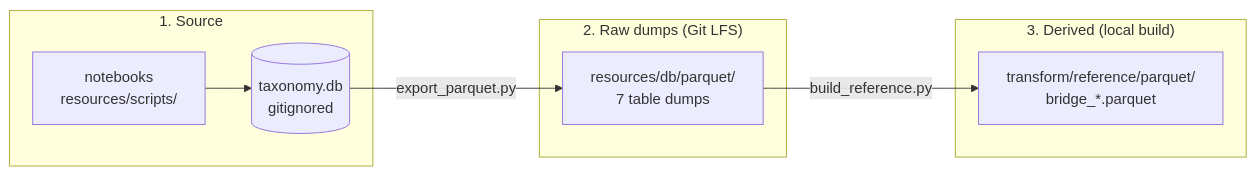
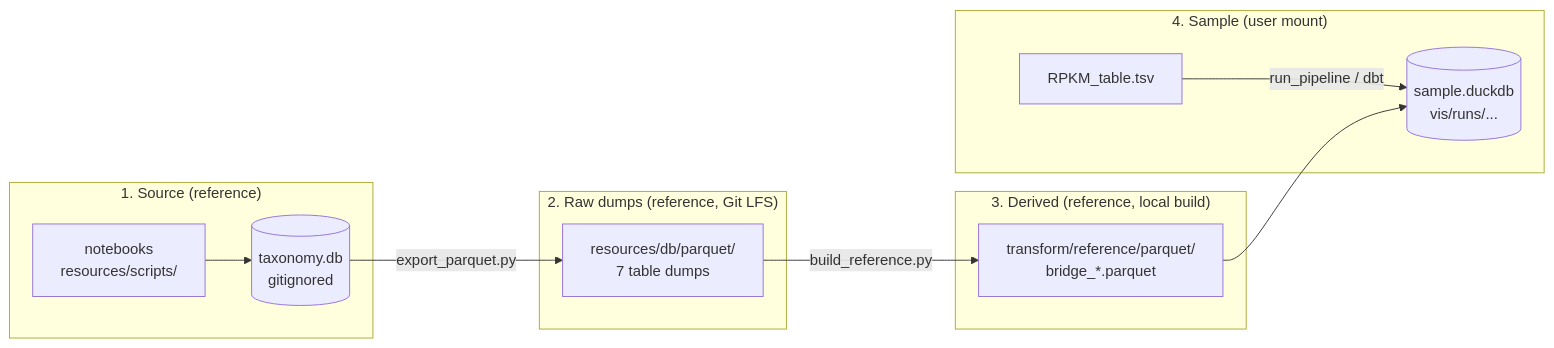
One commit to ParkinsonLab/metapro-data-vis changed the diagram in README.md. Above: the diagram before and after it, drawn with Mermaid. The commit also changed other lines of this file, not shown here.

First line of the commit message:
docs: show sample enrichment in reference diagram with Kind column

````diff
--- a/README.md
+++ b/README.md
@@ -268,16 +268,21 @@
 ```mermaid
 flowchart LR
-  subgraph source["1. Source"]
+  subgraph source["1. Source (reference)"]
     NB["notebooks<br/>resources/scripts/"]
     TDB[("taxonomy.db<br/>gitignored")]
     NB --> TDB
   end
 
-  subgraph raw["2. Raw dumps (Git LFS)"]
+  subgraph raw["2. Raw dumps (reference, Git LFS)"]
   TDB -->|"export_parquet.py"| RAW["resources/db/parquet/<br/>7 table dumps"]
   end
 
-  subgraph derived["3. Derived (local build)"]
+  subgraph derived["3. Derived (reference, local build)"]
   RAW -->|"build_reference.py"| BR["transform/reference/parquet/<br/>bridge_*.parquet"]
   end
+
+  subgraph sample["4. Sample (user mount)"]
+  RPKM["RPKM_table.tsv"] -->|"run_pipeline / dbt"| DUCK[("sample.duckdb<br/>vis/runs/...")]
+  BR --> DUCK
+  end
 ```
````
